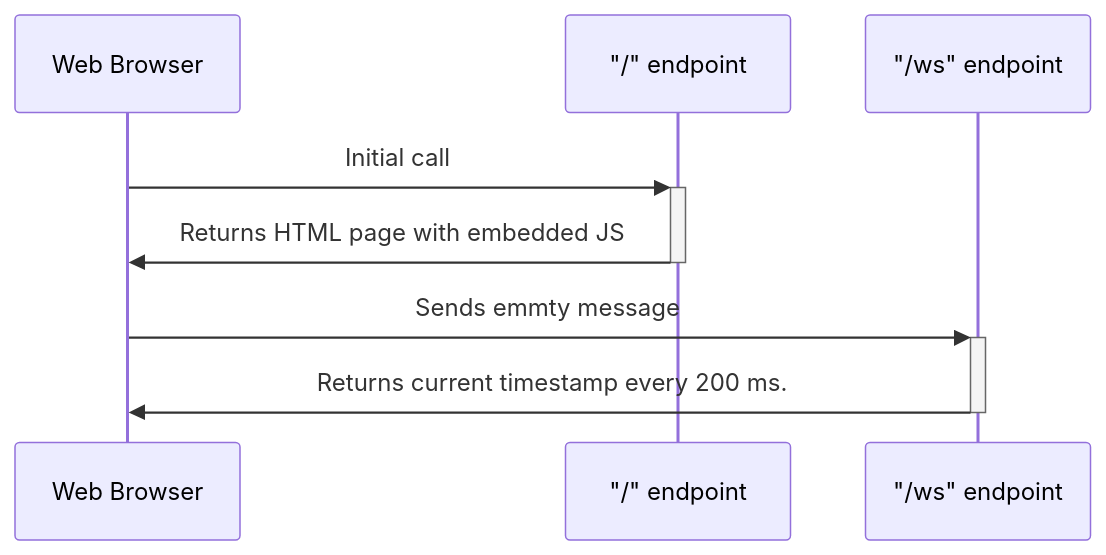
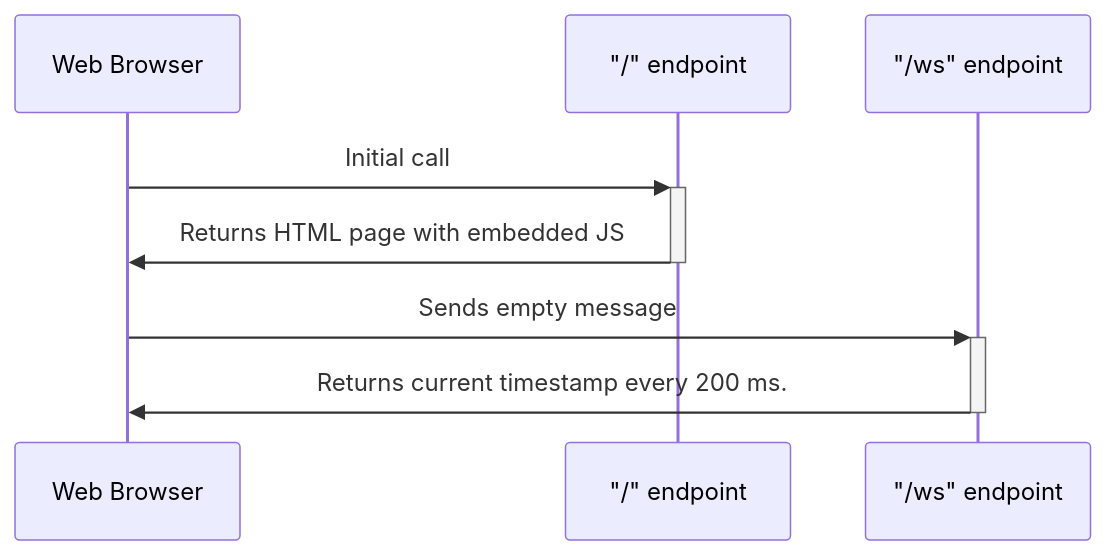
Before and after one commit to kislerdm/wc: the diagram in README.md, drawn with Mermaid.

````diff
--- a/README.md
+++ b/README.md
@@ -11,12 +11,12 @@
 ```mermaid
 sequenceDiagram
     participant web as Web Browser
     participant http as "/" endpoint
     participant ws as "/ws" endpoint
     
     web->>+http: Initial call
     http->>-web: Returns HTML page with embedded JS
     
-    web->>+ws: Sends emmty message
+    web->>+ws: Sends empty message
     ws->>-web: Returns current timestamp every 200 ms. 
 ```
````
